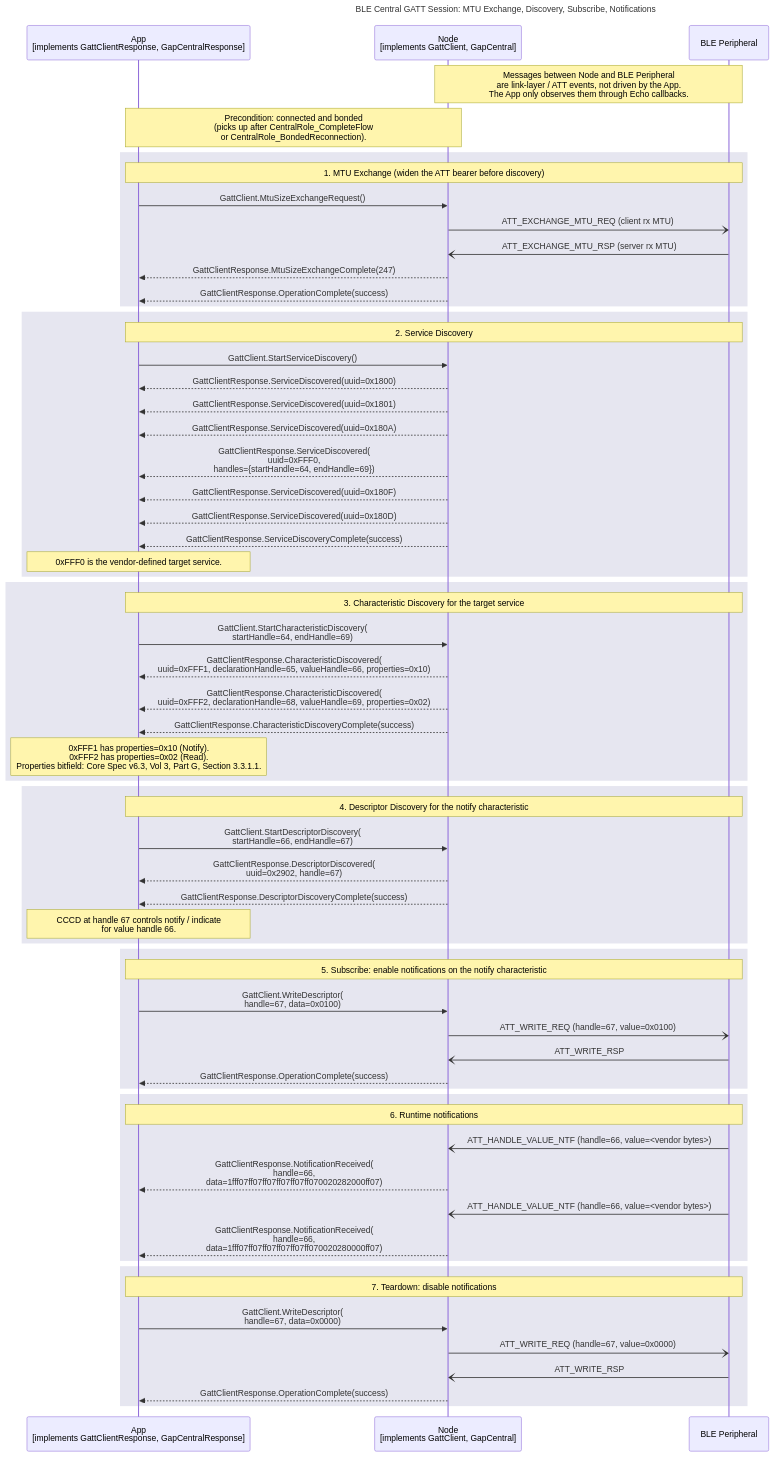
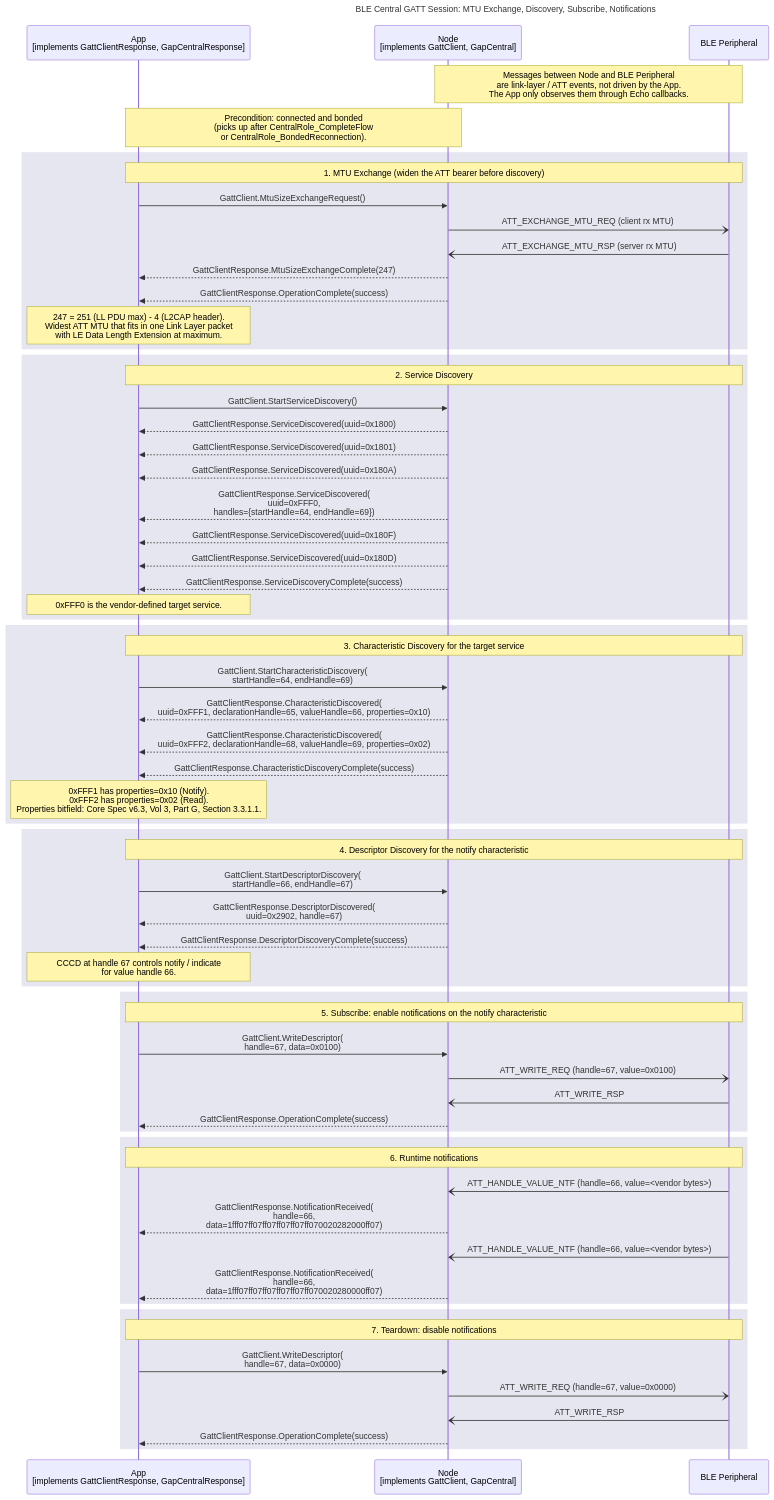
One commit to philips-software/amp-embedded-infra-lib changed the diagram in documents/modules/ROOT/partials/echoservices/composite_flows/CentralRole_GattSession_sequence.mmd. Above: the diagram before and after it, drawn with Mermaid.

Commit message:
clarify 247 number in uml diagram

```diff
--- a/documents/modules/ROOT/partials/echoservices/composite_flows/CentralRole_GattSession_sequence.mmd
+++ b/documents/modules/ROOT/partials/echoservices/composite_flows/CentralRole_GattSession_sequence.mmd
@@ -1,73 +1,74 @@
 sequenceDiagram
     title BLE Central GATT Session: MTU Exchange, Discovery, Subscribe, Notifications
 
     participant App as App<br>[implements GattClientResponse, GapCentralResponse]
     participant Node as Node<br>[implements GattClient, GapCentral]
     participant Peripheral as BLE Peripheral
 
     Note over Node, Peripheral: Messages between Node and BLE Peripheral<br>are link-layer / ATT events, not driven by the App.<br>The App only observes them through Echo callbacks.
     Note over App, Node: Precondition: connected and bonded<br>(picks up after CentralRole_CompleteFlow<br>or CentralRole_BondedReconnection).
 
     rect rgb(230, 230, 240)
         note over App, Peripheral: 1. MTU Exchange (widen the ATT bearer before discovery)
         App->>Node: GattClient.MtuSizeExchangeRequest()
         Node-)Peripheral: ATT_EXCHANGE_MTU_REQ (client rx MTU)
         Peripheral-)Node: ATT_EXCHANGE_MTU_RSP (server rx MTU)
         Node-->>App: GattClientResponse.MtuSizeExchangeComplete(247)
         Node-->>App: GattClientResponse.OperationComplete(success)
+        note over App: 247 = 251 (LL PDU max) - 4 (L2CAP header).<br>Widest ATT MTU that fits in one Link Layer packet<br>with LE Data Length Extension at maximum.
     end
 
     rect rgb(230, 230, 240)
         note over App, Peripheral: 2. Service Discovery
         App->>Node: GattClient.StartServiceDiscovery()
         Node-->>App: GattClientResponse.ServiceDiscovered(uuid=0x1800)
         Node-->>App: GattClientResponse.ServiceDiscovered(uuid=0x1801)
         Node-->>App: GattClientResponse.ServiceDiscovered(uuid=0x180A)
         Node-->>App: GattClientResponse.ServiceDiscovered(<br>uuid=0xFFF0,<br>handles={startHandle=64, endHandle=69})
         Node-->>App: GattClientResponse.ServiceDiscovered(uuid=0x180F)
         Node-->>App: GattClientResponse.ServiceDiscovered(uuid=0x180D)
         Node-->>App: GattClientResponse.ServiceDiscoveryComplete(success)
         note over App: 0xFFF0 is the vendor-defined target service.
     end
 
     rect rgb(230, 230, 240)
         note over App, Peripheral: 3. Characteristic Discovery for the target service
         App->>Node: GattClient.StartCharacteristicDiscovery(<br>startHandle=64, endHandle=69)
         Node-->>App: GattClientResponse.CharacteristicDiscovered(<br>uuid=0xFFF1, declarationHandle=65, valueHandle=66, properties=0x10)
         Node-->>App: GattClientResponse.CharacteristicDiscovered(<br>uuid=0xFFF2, declarationHandle=68, valueHandle=69, properties=0x02)
         Node-->>App: GattClientResponse.CharacteristicDiscoveryComplete(success)
         note over App: 0xFFF1 has properties=0x10 (Notify).<br>0xFFF2 has properties=0x02 (Read).<br>Properties bitfield: Core Spec v6.3, Vol 3, Part G, Section 3.3.1.1.
     end
 
     rect rgb(230, 230, 240)
         note over App, Peripheral: 4. Descriptor Discovery for the notify characteristic
         App->>Node: GattClient.StartDescriptorDiscovery(<br>startHandle=66, endHandle=67)
         Node-->>App: GattClientResponse.DescriptorDiscovered(<br>uuid=0x2902, handle=67)
         Node-->>App: GattClientResponse.DescriptorDiscoveryComplete(success)
         note over App: CCCD at handle 67 controls notify / indicate<br>for value handle 66.
     end
 
     rect rgb(230, 230, 240)
         note over App, Peripheral: 5. Subscribe: enable notifications on the notify characteristic
         App->>Node: GattClient.WriteDescriptor(<br>handle=67, data=0x0100)
         Node-)Peripheral: ATT_WRITE_REQ (handle=67, value=0x0100)
         Peripheral-)Node: ATT_WRITE_RSP
         Node-->>App: GattClientResponse.OperationComplete(success)
     end
 
     rect rgb(230, 230, 240)
         note over App, Peripheral: 6. Runtime notifications
         Peripheral-)Node: ATT_HANDLE_VALUE_NTF (handle=66, value=<vendor bytes>)
         Node-->>App: GattClientResponse.NotificationReceived(<br>handle=66,<br>data=1fff07ff07ff07ff07ff07ff070020282000ff07)
 
         Peripheral-)Node: ATT_HANDLE_VALUE_NTF (handle=66, value=<vendor bytes>)
         Node-->>App: GattClientResponse.NotificationReceived(<br>handle=66,<br>data=1fff07ff07ff07ff07ff07ff070020280000ff07)
     end
 
     rect rgb(230, 230, 240)
         note over App, Peripheral: 7. Teardown: disable notifications
         App->>Node: GattClient.WriteDescriptor(<br>handle=67, data=0x0000)
         Node-)Peripheral: ATT_WRITE_REQ (handle=67, value=0x0000)
         Peripheral-)Node: ATT_WRITE_RSP
         Node-->>App: GattClientResponse.OperationComplete(success)
     end
```
